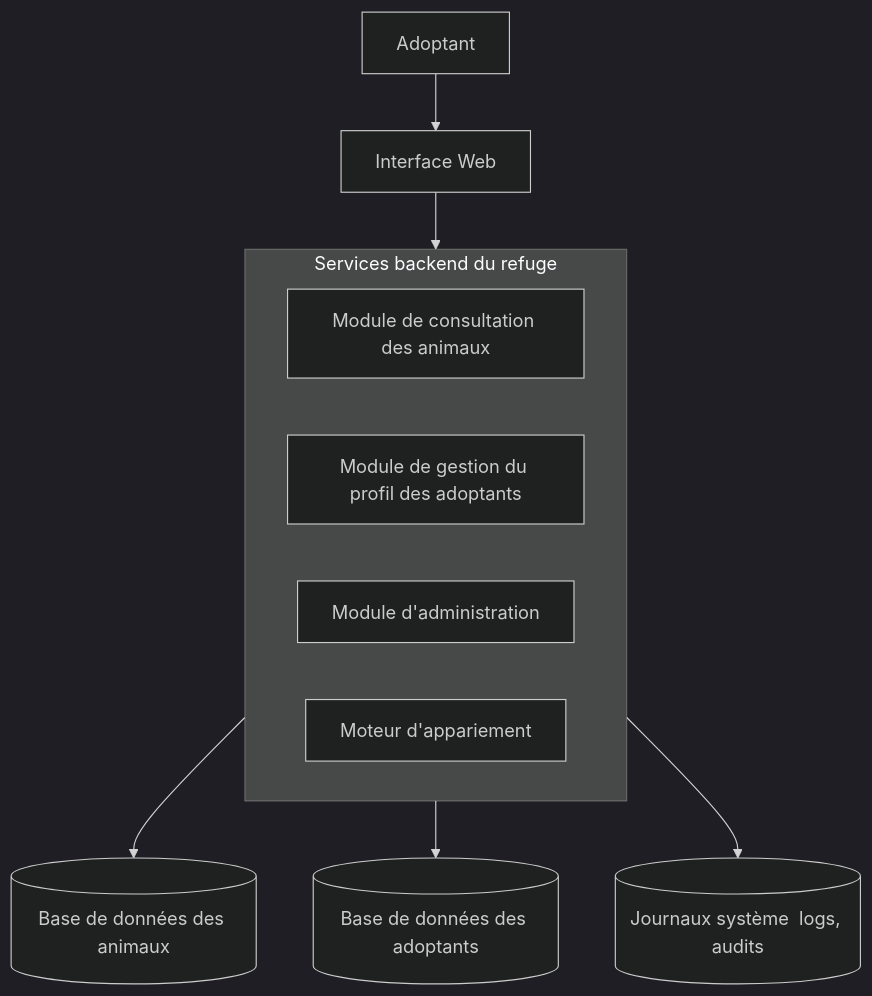
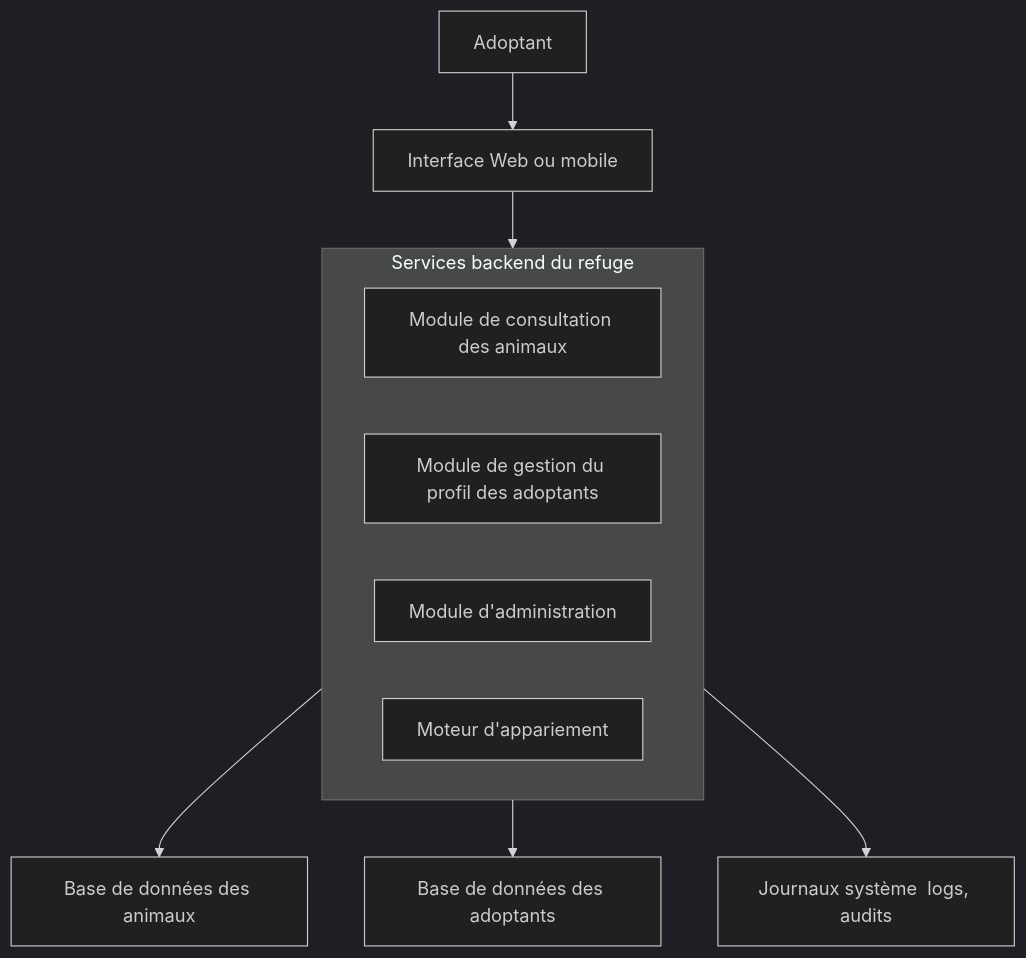
Before and after one commit to ophenix-maisonneuve/420-950-ma-site-web: the diagram in _exercices/seances4-5.md, drawn with Mermaid (dark theme). The commit also changed other lines of this file and 4 other files, not shown here.

````diff
--- a/_exercices/seances4-5.md
+++ b/_exercices/seances4-5.md
@@ -38,29 +43,29 @@
 ```mermaid
 flowchart TD
 
     Adoptant[Adoptant]
 
     %% --- Interface utilisateur ---
-    UI[Interface Web]
+    UI[Interface Web ou mobile]
 
     %% --- Couche logique ---
     subgraph APP[Services backend du refuge]
         P1[Module de consultation des animaux]
         P2[Module de gestion du profil des adoptants]
         P3[Module d'administration]
         P4[Moteur d'appariement]
     end
 
     %% --- Stockages ---
-    DB1[(Base de données des animaux)]
-    DB2[(Base de données des adoptants)]
-    DB3[(Journaux système  logs, audits)]
+    DB1[Base de données des animaux]
+    DB2[Base de données des adoptants]
+    DB3[Journaux système  logs, audits]
 
     %% --- Liens conceptuels (pas des flux détaillés) ---
     Adoptant --> UI
     UI --> APP
 
     APP --> DB1
     APP --> DB2
     APP --> DB3
 ```
````
